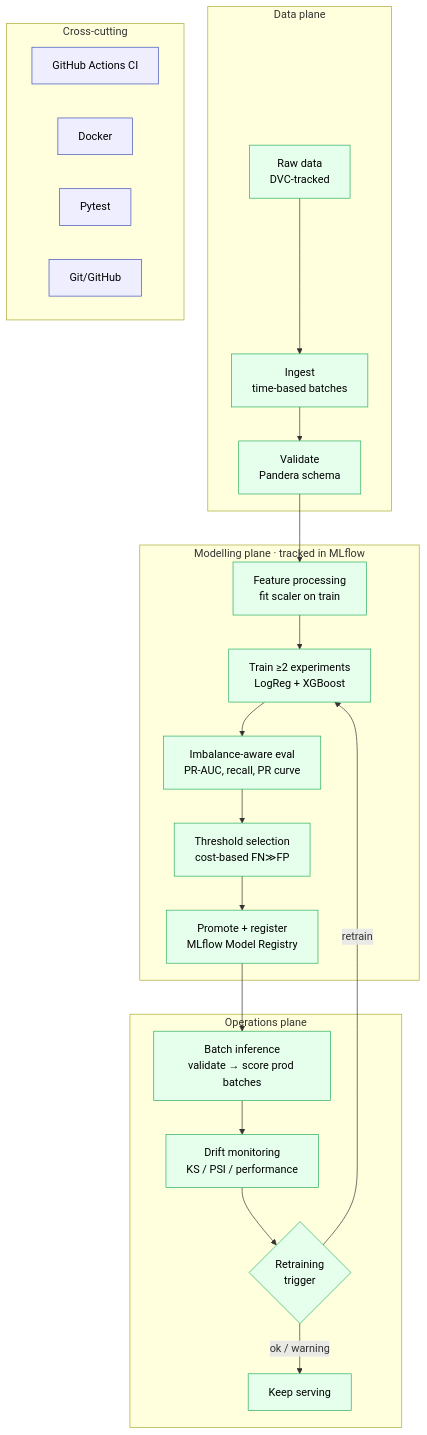
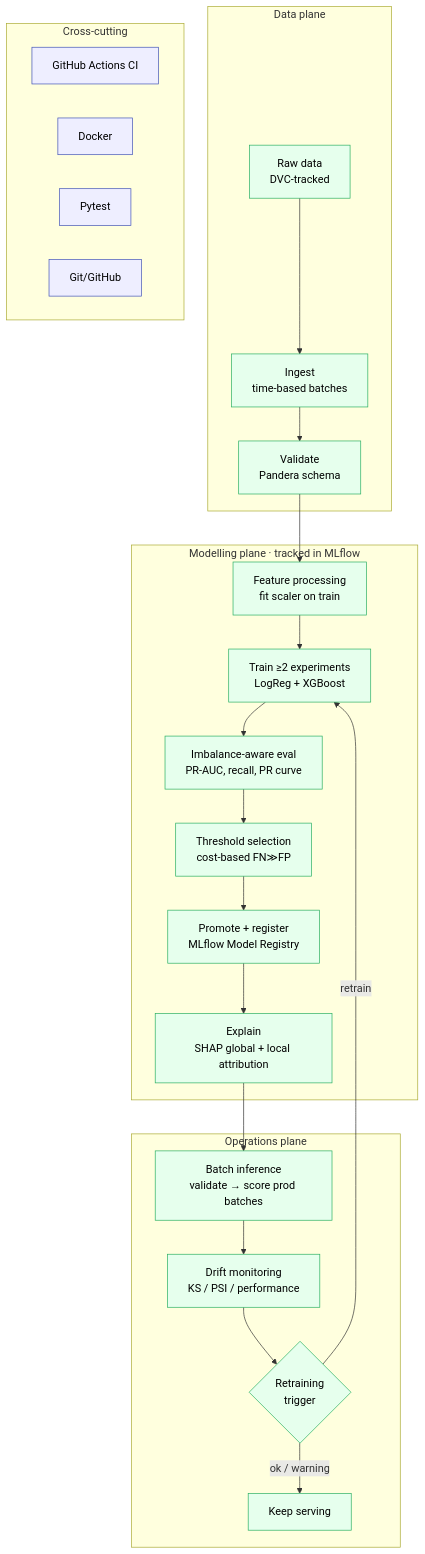
The second of 2 diagrams in docs/workflow_diagrams.md (siewong007/mlops-credit-card-fraud-detection), drawn with Mermaid before and after one commit. The commit also changed other lines of this file and 2 other files, not shown here.

First line of the commit message:
Document the explain stage in the report and diagrams

````diff
--- a/docs/workflow_diagrams.md
+++ b/docs/workflow_diagrams.md
@@ -32,34 +32,35 @@
 ```mermaid
 flowchart TB
     subgraph DATA[Data plane]
         RAW[Raw data<br/>DVC-tracked] --> ING[Ingest<br/>time-based batches]
         ING --> VAL[Validate<br/>Pandera schema]
     end
 
     subgraph MODEL[Modelling plane · tracked in MLflow]
         VAL --> FE[Feature processing<br/>fit scaler on train]
         FE --> TR[Train ≥2 experiments<br/>LogReg + XGBoost]
         TR --> EVAL[Imbalance-aware eval<br/>PR-AUC, recall, PR curve]
         EVAL --> THR[Threshold selection<br/>cost-based FN≫FP]
         THR --> REG[Promote + register<br/>MLflow Model Registry]
+        REG --> EXP[Explain<br/>SHAP global + local attribution]
     end
 
     subgraph OPS[Operations plane]
-        REG --> INF[Batch inference<br/>validate → score prod batches]
+        EXP --> INF[Batch inference<br/>validate → score prod batches]
         INF --> DR[Drift monitoring<br/>KS / PSI / performance]
         DR --> TRG{Retraining<br/>trigger}
         TRG -->|ok / warning| KEEP[Keep serving]
         TRG -->|retrain| TR
     end
 
     subgraph XCUT[Cross-cutting]
         CI[GitHub Actions CI]:::x
         DOCK[Docker]:::x
         PY[Pytest]:::x
         GIT[Git/GitHub]:::x
     end
 
     classDef x fill:#eef,stroke:#3f51b5,color:#000;
     classDef ok fill:#e6ffed,stroke:#27ae60,color:#000;
-    class RAW,ING,VAL,FE,TR,EVAL,THR,REG,INF,DR,TRG,KEEP ok;
+    class RAW,ING,VAL,FE,TR,EVAL,THR,REG,EXP,INF,DR,TRG,KEEP ok;
 ```
````
